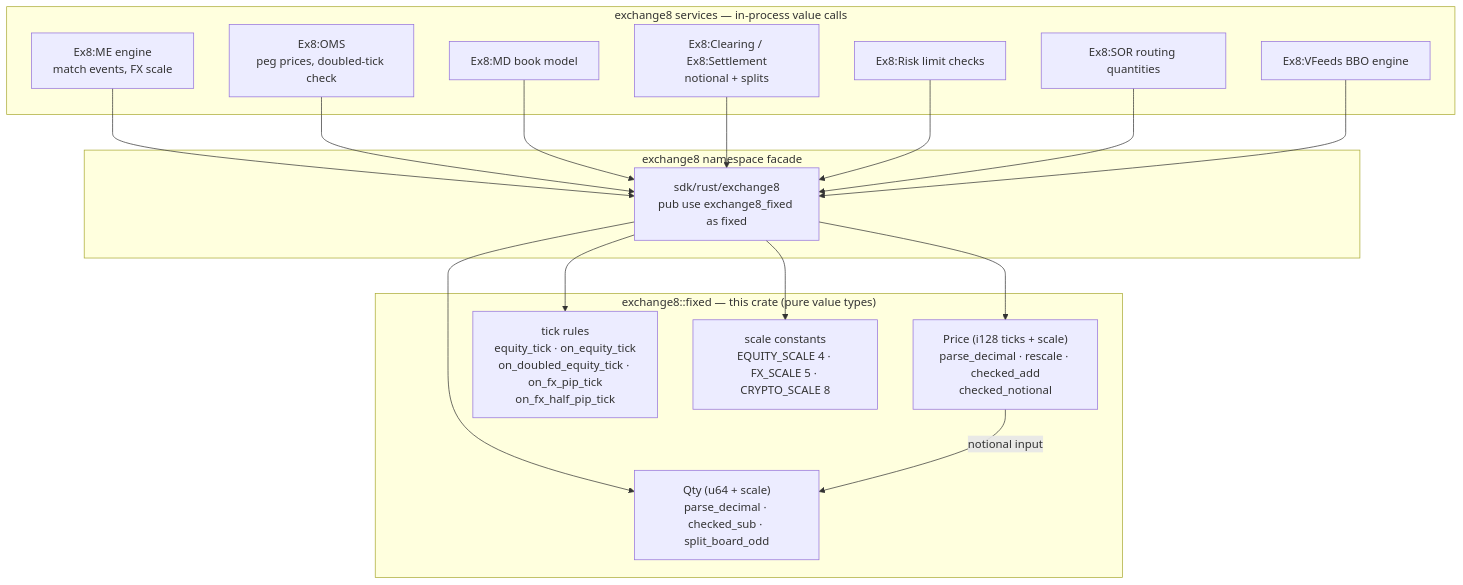
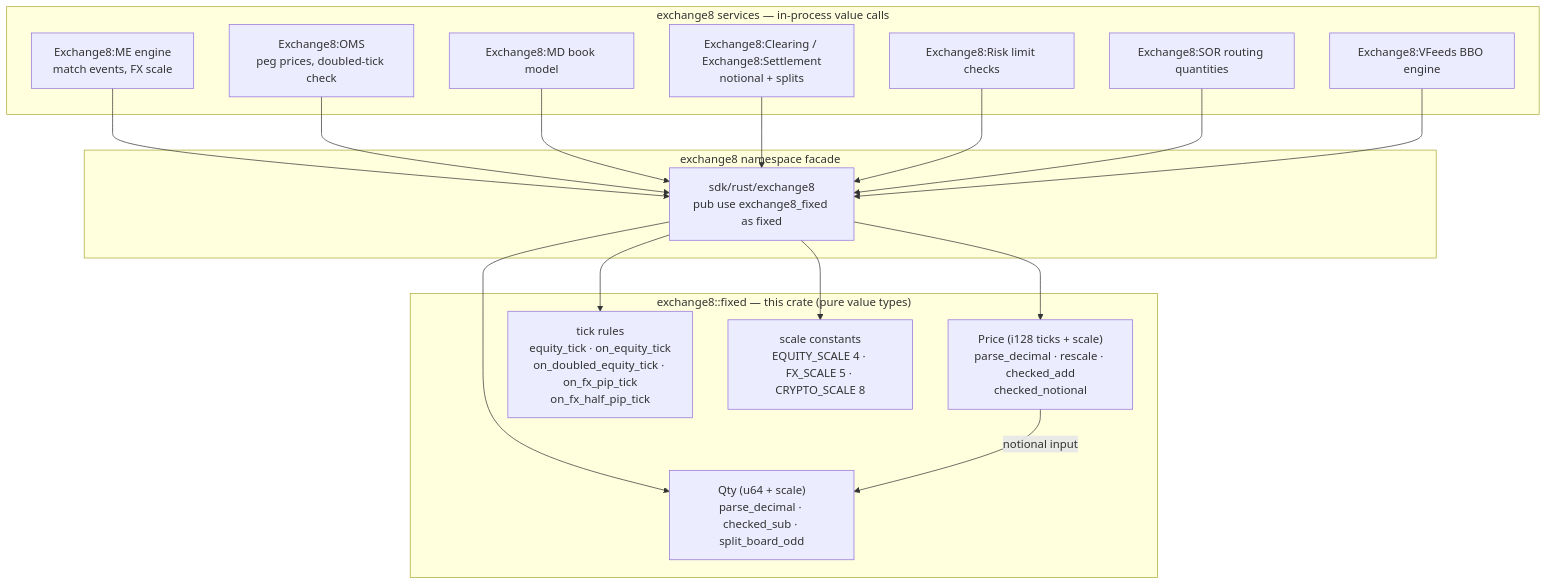
One commit to Exchange8-dev/exchange8-sdk changed the diagram in crates/fixed/README.md. Above: the diagram before and after it, drawn with Mermaid. The commit also changed 29 other files, not shown here.

````diff
--- a/crates/fixed/README.md
+++ b/crates/fixed/README.md
@@ -45,36 +45,36 @@
 ```mermaid
 graph TD
     subgraph CONSUMERS["exchange8 services — in-process value calls"]
-        ME["Ex8:ME engine<br/>match events, FX scale"]
-        OMS["Ex8:OMS<br/>peg prices, doubled-tick check"]
-        BOOK["Ex8:MD book model"]
-        CL["Ex8:Clearing / Ex8:Settlement<br/>notional + splits"]
-        RISK["Ex8:Risk limit checks"]
-        SORV["Ex8:SOR routing quantities"]
-        VF["Ex8:VFeeds BBO engine"]
+        ME["Exchange8:ME engine<br/>match events, FX scale"]
+        OMS["Exchange8:OMS<br/>peg prices, doubled-tick check"]
+        BOOK["Exchange8:MD book model"]
+        CL["Exchange8:Clearing / Exchange8:Settlement<br/>notional + splits"]
+        RISK["Exchange8:Risk limit checks"]
+        SORV["Exchange8:SOR routing quantities"]
+        VF["Exchange8:VFeeds BBO engine"]
     end
 
     subgraph FACADE["exchange8 namespace facade"]
         SDK["sdk/rust/exchange8<br/>pub use exchange8_fixed as fixed"]
     end
 
     subgraph CRATE["exchange8::fixed — this crate (pure value types)"]
         PRICE["Price (i128 ticks + scale)<br/>parse_decimal · rescale · checked_add<br/>checked_notional"]
         QTY["Qty (u64 + scale)<br/>parse_decimal · checked_sub · split_board_odd"]
         RULES["tick rules<br/>equity_tick · on_equity_tick<br/>on_doubled_equity_tick · on_fx_pip_tick<br/>on_fx_half_pip_tick"]
         CONST["scale constants<br/>EQUITY_SCALE 4 · FX_SCALE 5 · CRYPTO_SCALE 8"]
     end
 
     ME --> SDK
     OMS --> SDK
     BOOK --> SDK
     CL --> SDK
     RISK --> SDK
     SORV --> SDK
     VF --> SDK
     SDK --> PRICE
     SDK --> QTY
     SDK --> RULES
     SDK --> CONST
     PRICE -->|"notional input"| QTY
 ```
````
